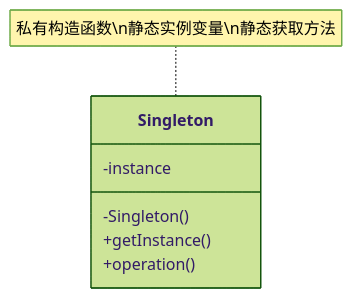
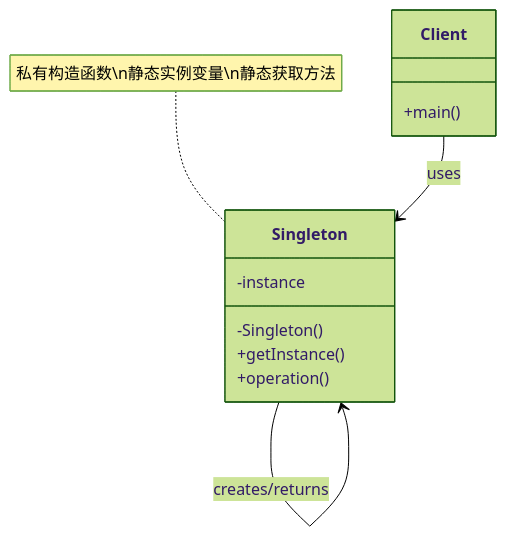
The first of 3 diagrams in resources/design-patterns/laravel/creational/singleton_zh.md (fanly/DesignPattern), drawn with Mermaid (forest theme) before and after one commit. The commit also changed other lines of this file and 11 other files, not shown here.

````diff
--- a/resources/design-patterns/laravel/creational/singleton_zh.md
+++ b/resources/design-patterns/laravel/creational/singleton_zh.md
@@ -22,11 +24,18 @@
 ```mermaid
 classDiagram
     class Singleton {
         -instance
         -Singleton()
         +getInstance()
         +operation()
     }
-    
+
+    class Client {
+        +main()
+    }
+
+    Client --> Singleton : uses
+    Singleton --> Singleton : creates/returns
+
     note for Singleton "私有构造函数\n静态实例变量\n静态获取方法"
 ```
````
